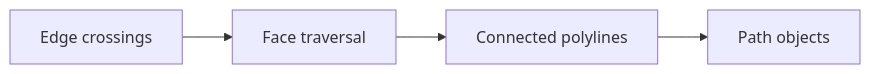
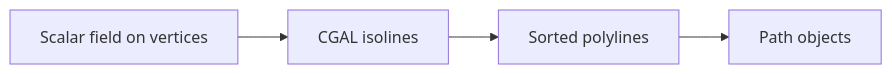
The fourth of 4 diagrams in docs/concepts/slicing-algorithms.md (compas-dev/compas_slicer), drawn with Mermaid before and after one commit. The commit also changed other lines of this file and 9 other files, not shown here.

Commit message:
refactor: use compas_cgal.isolines for contour extraction

````diff
--- a/docs/concepts/slicing-algorithms.md
+++ b/docs/concepts/slicing-algorithms.md
@@ -192,6 +190,6 @@
 ```mermaid
 flowchart LR
-    A[Edge crossings] --> B[Face traversal]
-    B --> C[Connected polylines]
+    A[Scalar field on vertices] --> B[CGAL isolines]
+    B --> C[Sorted polylines]
     C --> D[Path objects]
 ```
````
